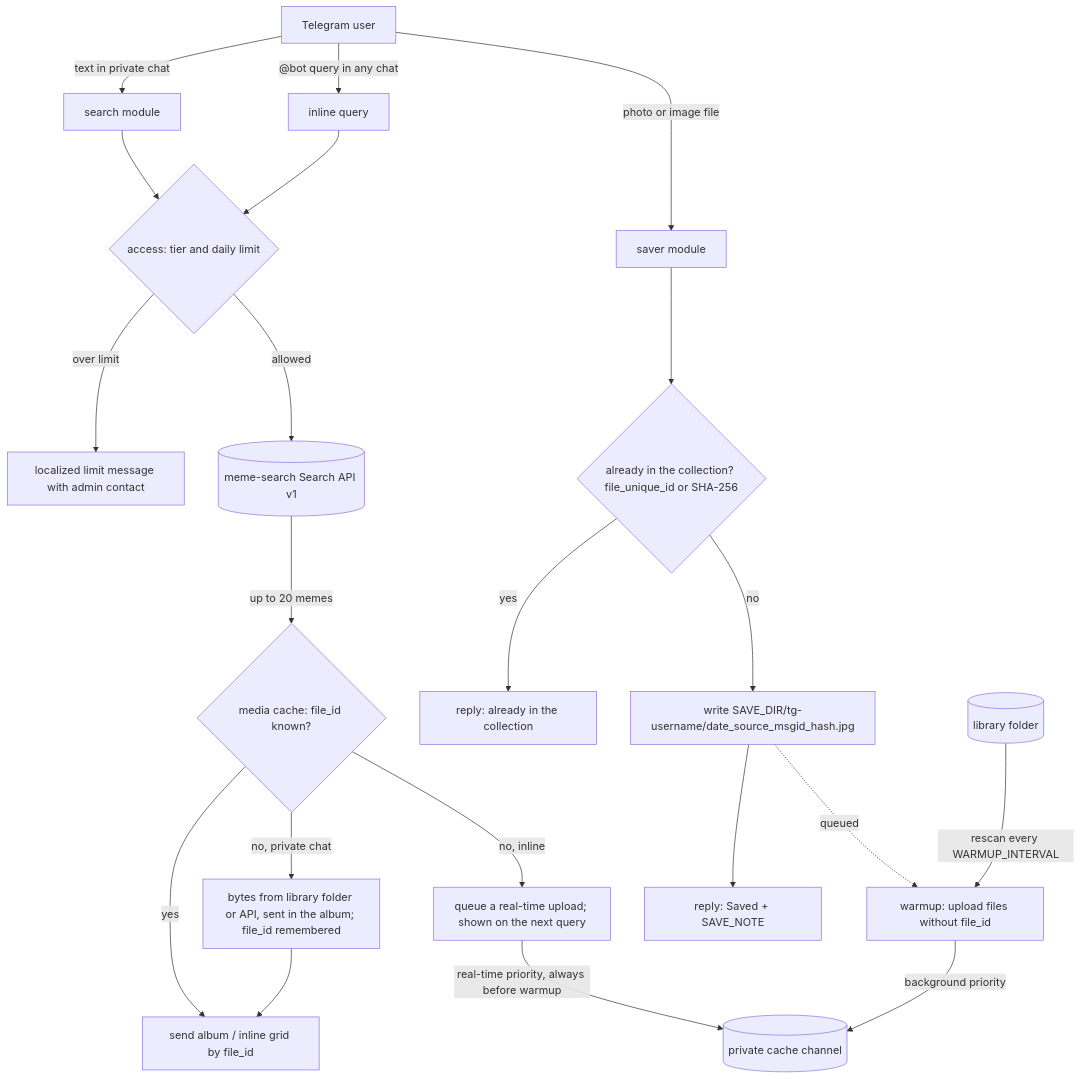
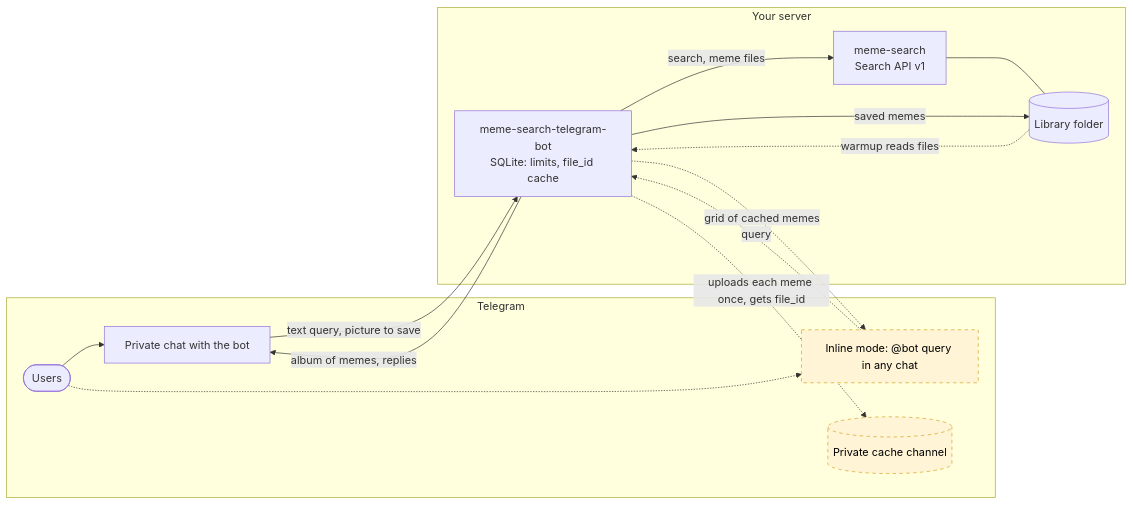
One commit to GRbit/meme-search-telegram-bot changed the diagram in README.md. Above: the diagram before and after it, drawn with Mermaid. The commit also changed other lines of this file, not shown here.

Commit message:
docs: add contents and a block diagram to the README
The flowchart showed internal logic; readers need the parts and how they talk, with the optional inline path marked.

````diff
--- a/README.md
+++ b/README.md
@@ -18,27 +36,29 @@
 ```mermaid
-flowchart TD
-    U[Telegram user] -->|text in private chat| S[search module]
-    U -->|"@bot query" in any chat| I[inline query]
-    U -->|photo or image file| SV[saver module]
+flowchart LR
+    subgraph TG[Telegram]
+        U([Users])
+        PC[Private chat with the bot]
+        IN[Inline mode: @bot query in any chat]
+        CH[(Private cache channel)]
+    end
+    subgraph SRV[Your server]
+        BOT[meme-search-telegram-bot<br/>SQLite: limits, file_id cache]
+        MS[meme-search<br/>Search API v1]
+        LIB[(Library folder)]
+    end
 
-    S --> A{access: tier and daily limit}
-    I --> A
-    A -->|over limit| D[localized limit message with admin contact]
-    A -->|allowed| API[(meme-search Search API v1)]
-    API -->|up to 20 memes| C{media cache: file_id known?}
+    U --> PC
+    U -.-> IN
+    PC -->|text query, picture to save| BOT
+    BOT -->|album of memes, replies| PC
+    IN -.->|query| BOT
+    BOT -.->|grid of cached memes| IN
+    BOT -->|search, meme files| MS
+    MS --- LIB
+    BOT -->|saved memes| LIB
+    LIB -.->|warmup reads files| BOT
+    BOT -.->|uploads each meme once, gets file_id| CH
 
-    C -->|yes| SEND[send album / inline grid by file_id]
-    C -->|no, private chat| UP[bytes from library folder or API, sent in the album; file_id remembered]
-    UP --> SEND
-    C -->|no, inline| Q[queue a real-time upload; shown on the next query]
-    Q -->|real-time priority, always before warmup| CH
-
-    SV --> K{already in the collection? file_unique_id or SHA-256}
-    K -->|yes| R1[reply: already in the collection]
-    K -->|no| F[write SAVE_DIR/tg-username/date_source_msgid_hash.jpg]
-    F --> R2[reply: Saved + SAVE_NOTE]
-    F -.queued.-> W
-
-    L[(library folder)] -->|rescan every WARMUP_INTERVAL| W[warmup: upload files without file_id]
-    W -->|background priority| CH[(private cache channel)]
+    classDef optional fill:#fff4d6,stroke:#d4a017,stroke-dasharray:5 5,color:#000
+    class IN,CH optional
 ```
````
